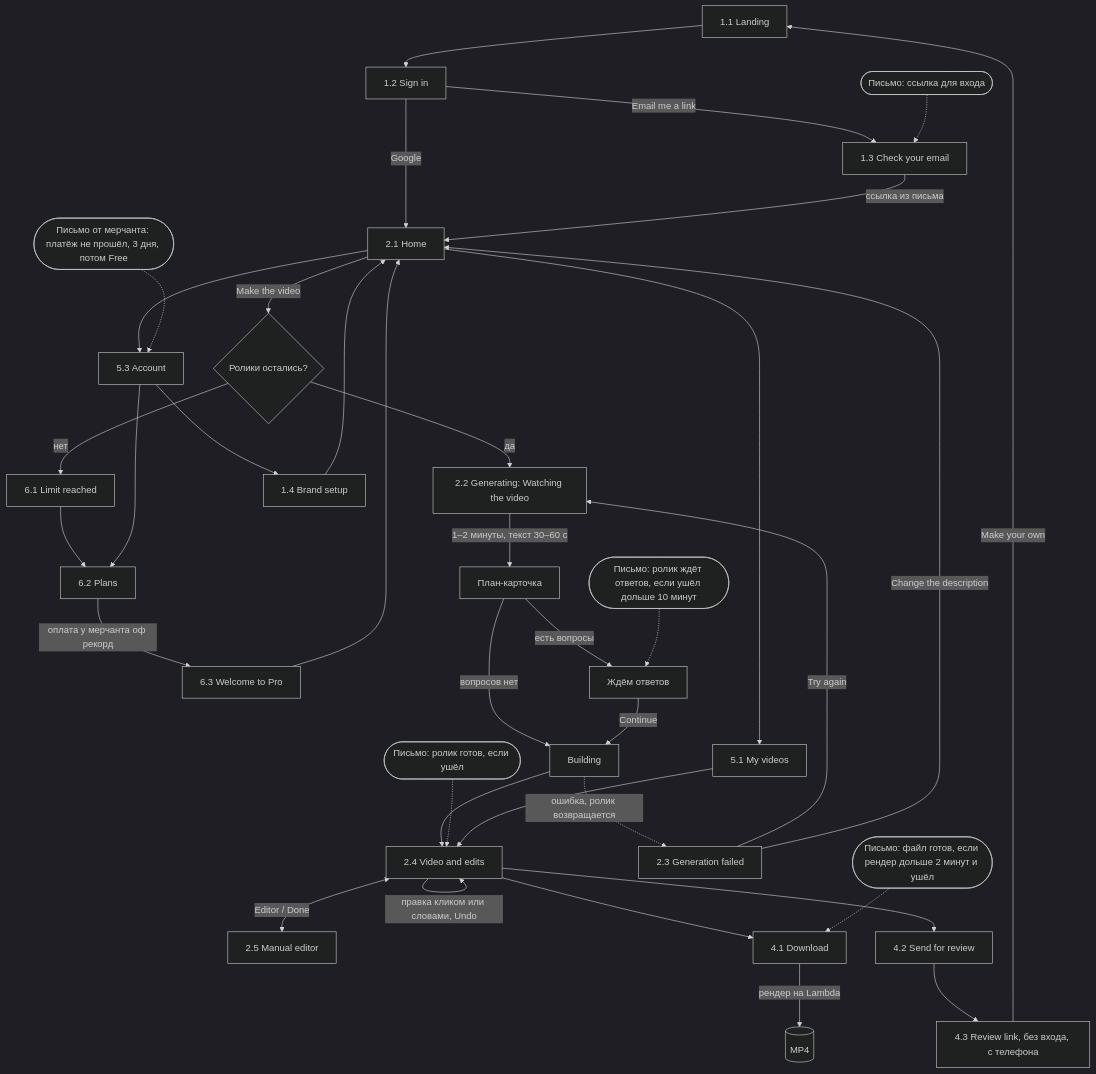
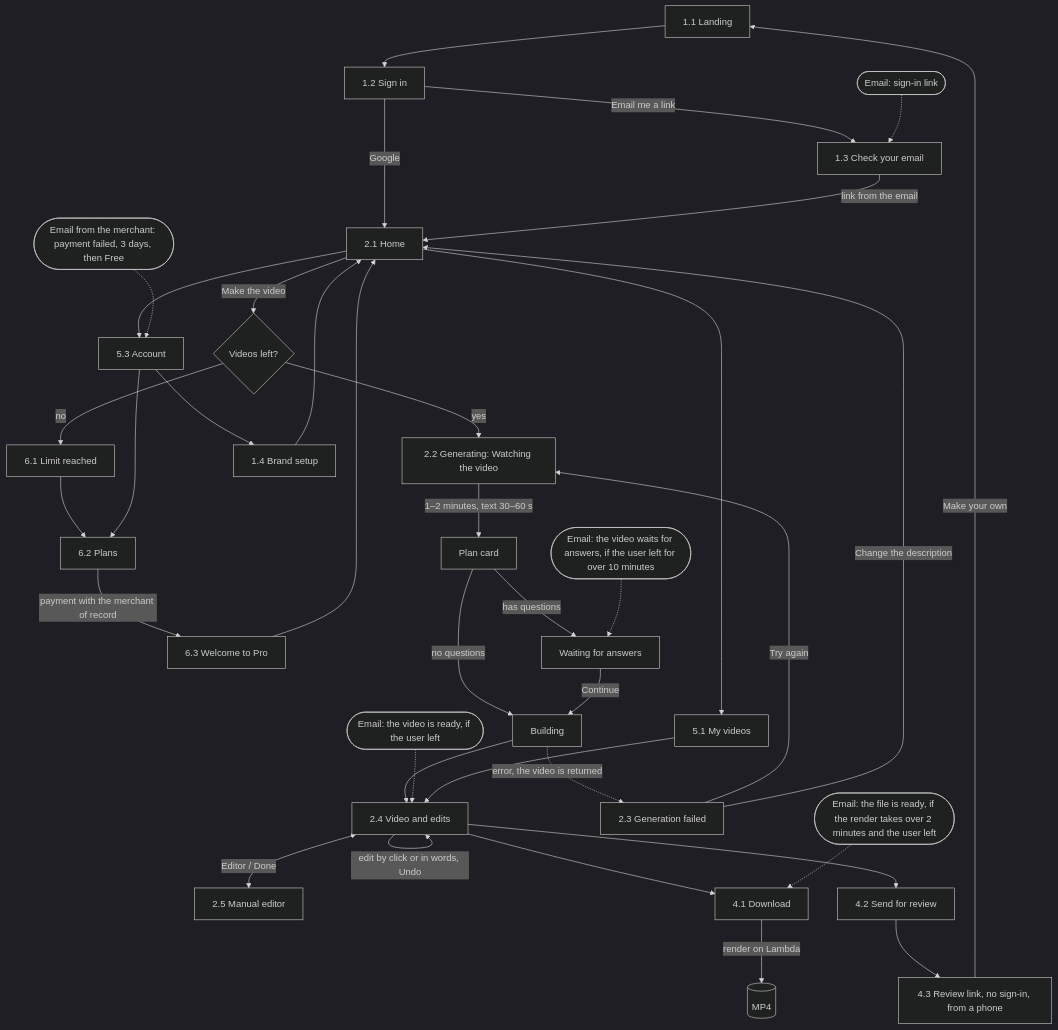
One commit to Ramil3107/saymo changed the diagram in docs/user-flow.md. Above: the diagram before and after it, drawn with Mermaid (dark theme). The commit also changed other lines of this file and 17 other files, not shown here.

````diff
--- a/docs/user-flow.md
+++ b/docs/user-flow.md
@@ -5,36 +5,36 @@
 ```mermaid
 flowchart TD
   L[1.1 Landing] --> S[1.2 Sign in]
   S -->|Google| H[2.1 Home]
   S -->|Email me a link| CE[1.3 Check your email]
-  M1([Письмо: ссылка для входа]) -.-> CE
-  CE -->|ссылка из письма| H
+  M1([Email: sign-in link]) -.-> CE
+  CE -->|link from the email| H
 
-  H -->|Make the video| LIM{Ролики остались?}
-  LIM -->|нет| LR[6.1 Limit reached] --> P[6.2 Plans]
-  P -->|оплата у мерчанта оф рекорд| W[6.3 Welcome to Pro] --> H
-  LIM -->|да| G[2.2 Generating: Watching the video]
-  G -->|1–2 минуты, текст 30–60 с| PC[План-карточка]
-  PC -->|вопросов нет| B[Building]
-  PC -->|есть вопросы| Q[Ждём ответов]
+  H -->|Make the video| LIM{Videos left?}
+  LIM -->|no| LR[6.1 Limit reached] --> P[6.2 Plans]
+  P -->|payment with the merchant of record| W[6.3 Welcome to Pro] --> H
+  LIM -->|yes| G[2.2 Generating: Watching the video]
+  G -->|1–2 minutes, text 30–60 s| PC[Plan card]
+  PC -->|no questions| B[Building]
+  PC -->|has questions| Q[Waiting for answers]
   Q -->|Continue| B
-  M2([Письмо: ролик ждёт ответов, если ушёл дольше 10 минут]) -.-> Q
+  M2([Email: the video waits for answers, if the user left for over 10 minutes]) -.-> Q
   B --> R[2.4 Video and edits]
-  M3([Письмо: ролик готов, если ушёл]) -.-> R
-  B -.->|ошибка, ролик возвращается| F[2.3 Generation failed]
+  M3([Email: the video is ready, if the user left]) -.-> R
+  B -.->|error, the video is returned| F[2.3 Generation failed]
   F -->|Try again| G
   F -->|Change the description| H
 
-  R -->|правка кликом или словами, Undo| R
+  R -->|edit by click or in words, Undo| R
   R <-->|Editor / Done| ED[2.5 Manual editor]
-  R --> DL[4.1 Download] -->|рендер на Lambda| MP4[(MP4)]
-  M4([Письмо: файл готов, если рендер дольше 2 минут и ушёл]) -.-> DL
-  R --> SR[4.2 Send for review] --> RV[4.3 Review link, без входа, с телефона]
+  R --> DL[4.1 Download] -->|render on Lambda| MP4[(MP4)]
+  M4([Email: the file is ready, if the render takes over 2 minutes and the user left]) -.-> DL
+  R --> SR[4.2 Send for review] --> RV[4.3 Review link, no sign-in, from a phone]
   RV -->|Make your own| L
 
   H --> MV[5.1 My videos] --> R
   H --> AC[5.3 Account]
   AC --> BR[1.4 Brand setup] --> H
   AC --> P
-  M5([Письмо от мерчанта: платёж не прошёл, 3 дня, потом Free]) -.-> AC
+  M5([Email from the merchant: payment failed, 3 days, then Free]) -.-> AC
 ```
````
